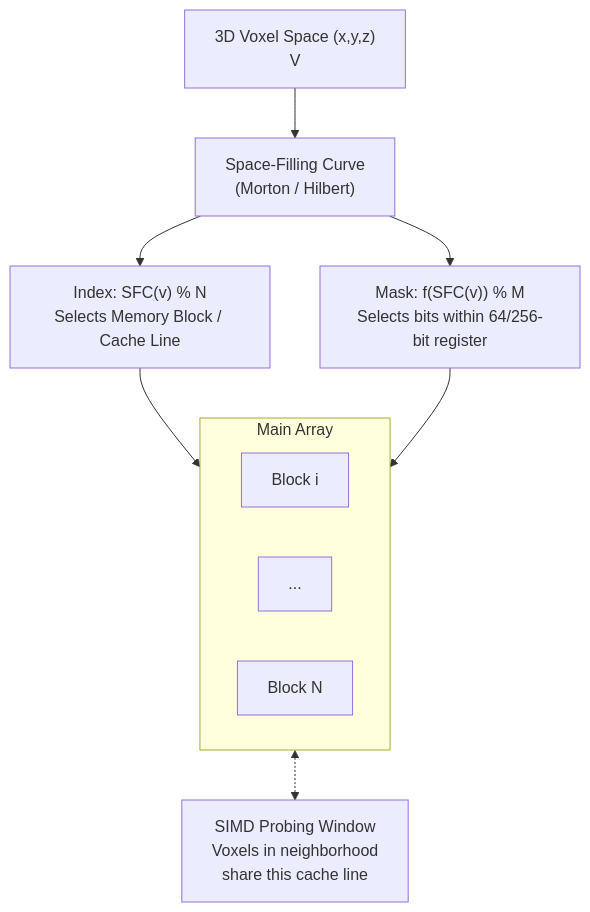
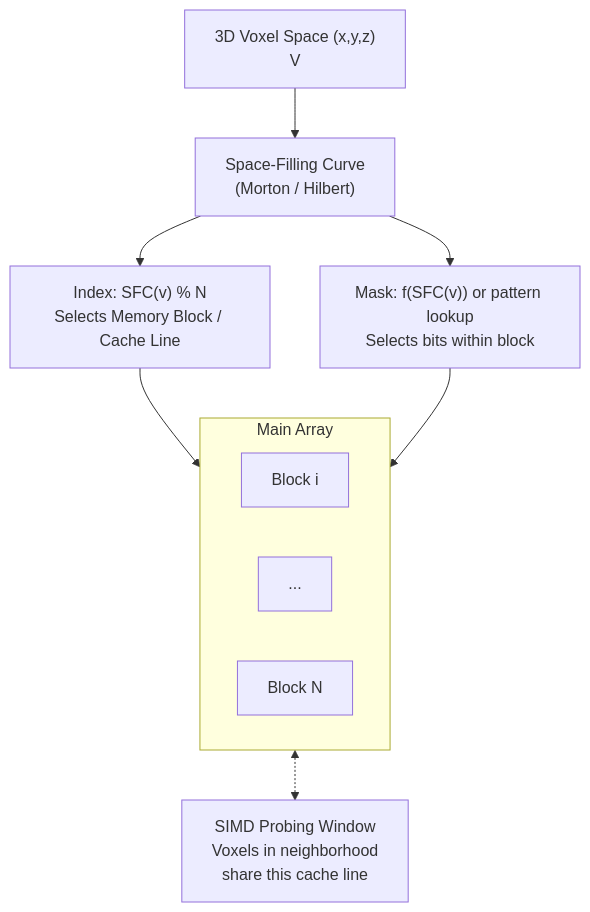
The diagram in docs/ideas/sbbf_proposal.md (mlaass/counting-globimaps), drawn with Mermaid before and after one commit. The commit also changed other lines of this file, not shown here.

Commit message:
Improve SBBF proposal: formatting, expand bit pattern strategies, add references

````diff
--- a/docs/ideas/sbbf_proposal.md
+++ b/docs/ideas/sbbf_proposal.md
@@ -31,25 +34,25 @@
 ```mermaid
 flowchart TB
     V["3D Voxel Space (x,y,z)<br/> V "]
 
     SFC["Space-Filling Curve<br/>(Morton / Hilbert)"]
 
     V --> SFC
 
     SFC --> Index["Index: SFC(v) % N<br/>Selects Memory Block / Cache Line"]
-    SFC --> Mask["Mask: f(SFC(v)) % M<br/>Selects bits within 64/256-bit register"]
+    SFC --> Mask["Mask: f(SFC(v)) or pattern lookup<br/>Selects bits within block"]
 
     Index --> Bi
     Mask --> Bi
 
     subgraph MainArray["Main Array"]
         direction LR
         Bi["Block i"]
         D2["..."]
         BN["Block N"]
     end
 
     SIMD["SIMD Probing Window<br/>Voxels in neighborhood<br/>share this cache line"]
 
     Bi <-.-> SIMD
 ```
````
